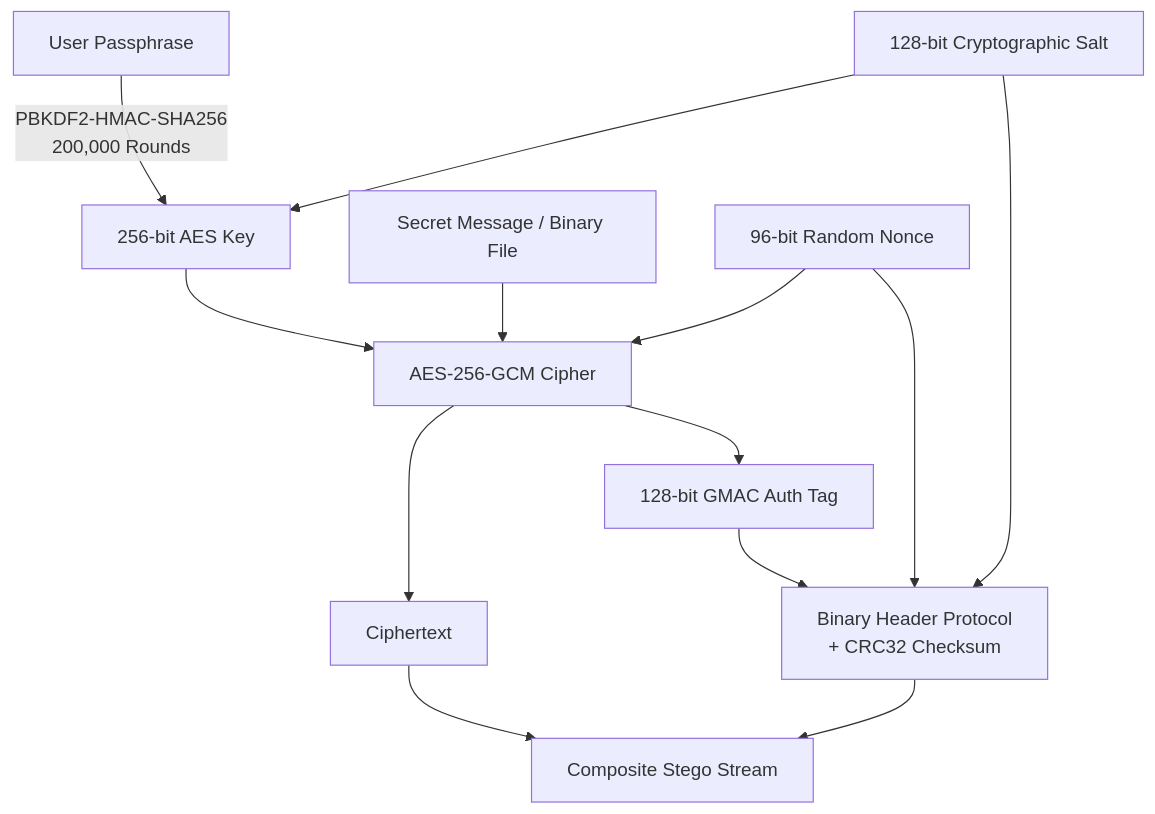
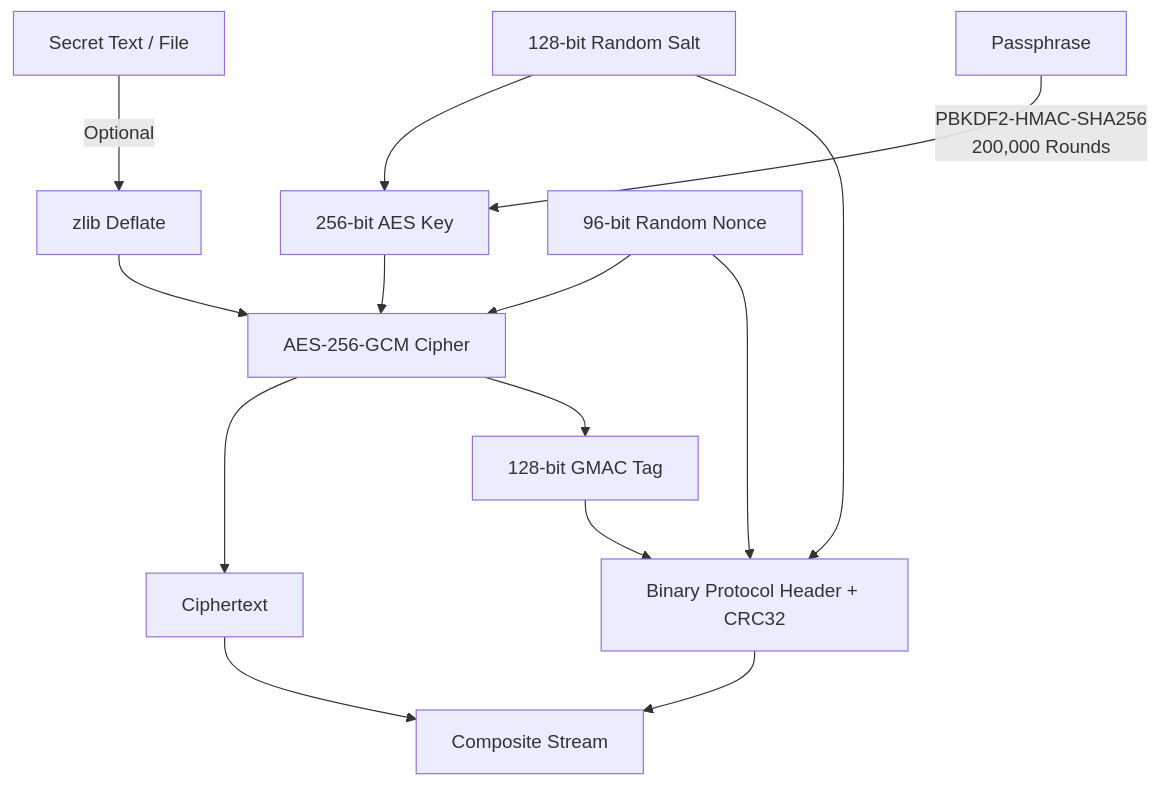
Before and after one commit to MDsalmanhyder/Steganography-Suite: the diagram in REPORT.md, drawn with Mermaid. The commit also changed other lines of this file and 58 other files, not shown here.

````diff
--- a/REPORT.md
+++ b/REPORT.md
@@ -94,15 +79,16 @@
 ```mermaid
 graph TD
-    PWD[User Passphrase] -->|PBKDF2-HMAC-SHA256<br/>200,000 Rounds| KEY[256-bit AES Key]
-    SALT[128-bit Cryptographic Salt] --> KEY
-    DATA[Secret Message / Binary File] --> GCM[AES-256-GCM Cipher]
+    PWD[Passphrase] -->|PBKDF2-HMAC-SHA256<br/>200,000 Rounds| KEY[256-bit AES Key]
+    SALT[128-bit Random Salt] --> KEY
+    PAYLOAD[Secret Text / File] -->|Optional| COMP[zlib Deflate]
+    COMP --> GCM[AES-256-GCM Cipher]
     KEY --> GCM
     NONCE[96-bit Random Nonce] --> GCM
     GCM --> CT[Ciphertext]
-    GCM --> TAG[128-bit GMAC Auth Tag]
-    HEADER[Binary Header Protocol<br/>+ CRC32 Checksum] --> STREAM[Composite Stego Stream]
+    GCM --> TAG[128-bit GMAC Tag]
+    HEADER[Binary Protocol Header + CRC32] --> STREAM[Composite Stream]
     SALT --> HEADER
     NONCE --> HEADER
     TAG --> HEADER
     CT --> STREAM
 ```
````
